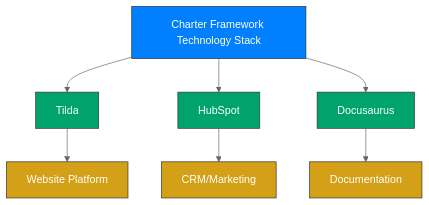
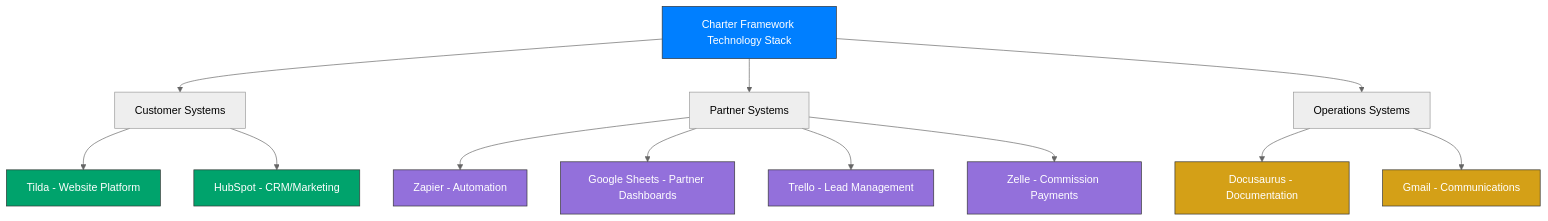
Before and after one commit to szemkoff/azurecharters: the diagram in docs/technology-stack.md, drawn with Mermaid. The commit also changed other lines of this file and 8 other files, not shown here.

````diff
--- a/docs/technology-stack.md
+++ b/docs/technology-stack.md
@@ -15,19 +15,28 @@
 ```mermaid
 %%{init: {'theme': 'neutral'}}%%
 flowchart TD
-    A[Charter Framework Technology Stack] --> B[Tilda]
-    A --> C[HubSpot]
-    A --> D[Docusaurus]
+    A[Charter Framework Technology Stack] --> B[Customer Systems]
+    A --> C[Partner Systems]
+    A --> D[Operations Systems]
     
-    B --> B1[Website Platform]
-    C --> C1[CRM/Marketing]
-    D --> D1[Documentation]
+    B --> B1[Tilda - Website Platform]
+    B --> B2[HubSpot - CRM/Marketing]
+    
+    C --> C1[Zapier - Automation]
+    C --> C2[Google Sheets - Partner Dashboards]
+    C --> C3[Trello - Lead Management]
+    C --> C4[Zelle - Commission Payments]
+    
+    D --> D1[Docusaurus - Documentation]
+    D --> D2[Gmail - Communications]
     
     classDef primary fill:#007FFF,color:#ffffff,stroke:#333,stroke-width:1px;
-    classDef technology fill:#00A36C,color:#ffffff,stroke:#333,stroke-width:1px;
-    classDef function fill:#D4A017,color:#ffffff,stroke:#333,stroke-width:1px;
+    classDef customer fill:#00A36C,color:#ffffff,stroke:#333,stroke-width:1px;
+    classDef partner fill:#9370DB,color:#ffffff,stroke:#333,stroke-width:1px;
+    classDef operations fill:#D4A017,color:#ffffff,stroke:#333,stroke-width:1px;
     
     class A primary;
-    class B,C,D technology;
-    class B1,C1,D1 function;
+    class B1,B2 customer;
+    class C1,C2,C3,C4 partner;
+    class D1,D2 operations;
 ```
````
